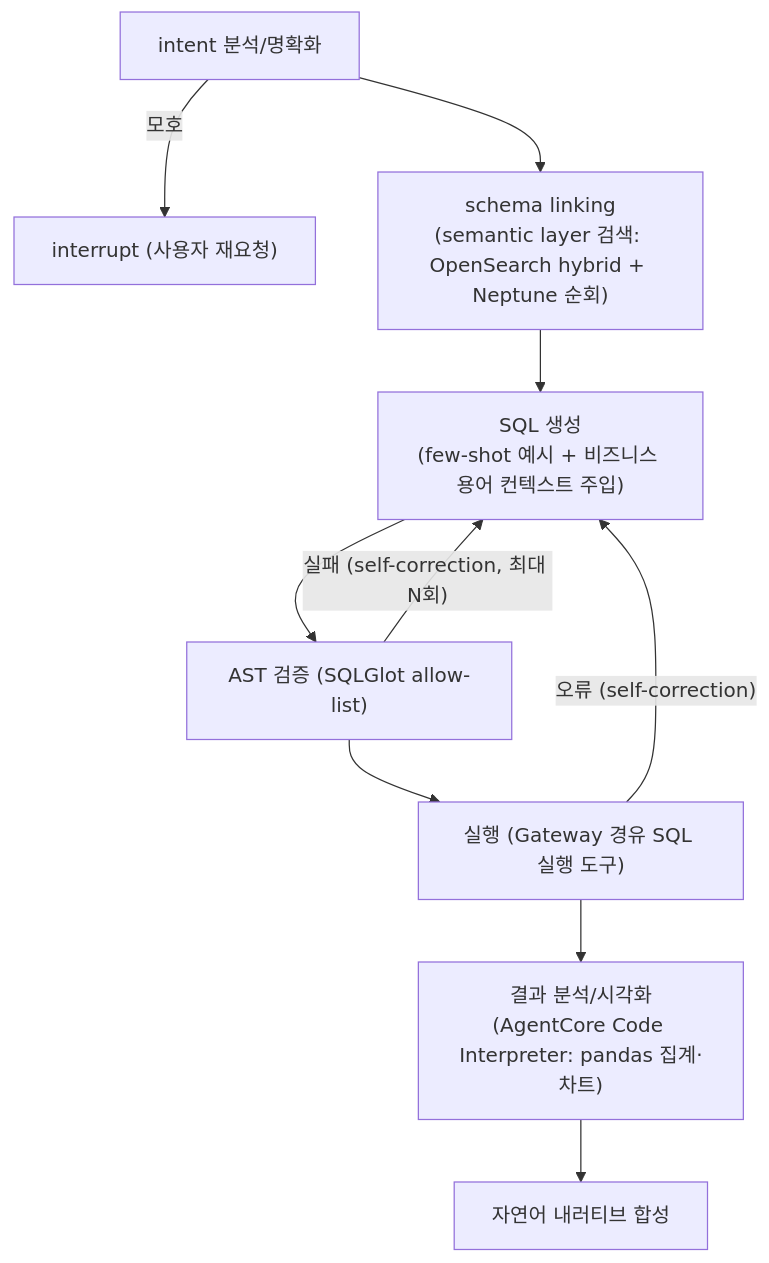
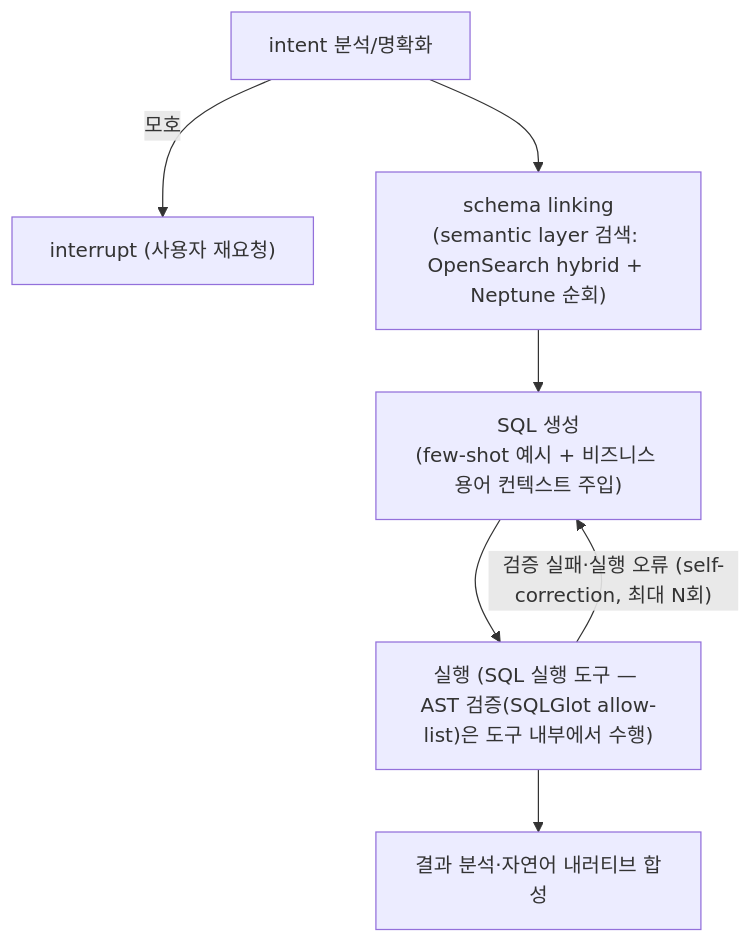
The second of 4 diagrams in projects/agentic-text-to-sql-on-aws/docs/architecture.md (aws-samples/sample-agentic-ai-acceleration-kr), drawn with Mermaid before and after one commit. The commit also changed other lines of this file and 4 other files, not shown here.

````diff
--- a/projects/agentic-text-to-sql-on-aws/docs/architecture.md
+++ b/projects/agentic-text-to-sql-on-aws/docs/architecture.md
@@ -96,16 +96,13 @@
 ```mermaid
 flowchart TB
     intent["intent 분석/명확화"]
     interrupt["interrupt (사용자 재요청)"]
     linking["schema linking<br/>(semantic layer 검색: OpenSearch hybrid + Neptune 순회)"]
     gen["SQL 생성<br/>(few-shot 예시 + 비즈니스 용어 컨텍스트 주입)"]
-    ast["AST 검증 (SQLGlot allow-list)"]
-    exec["실행 (Gateway 경유 SQL 실행 도구)"]
-    viz["결과 분석/시각화<br/>(AgentCore Code Interpreter: pandas 집계·차트)"]
-    synth["자연어 내러티브 합성"]
+    exec["실행 (SQL 실행 도구 — AST 검증(SQLGlot allow-list)은 도구 내부에서 수행)"]
+    synth["결과 분석·자연어 내러티브 합성"]
 
     intent -- 모호 --> interrupt
-    intent --> linking --> gen --> ast --> exec --> viz --> synth
-    ast -- "실패 (self-correction, 최대 N회)" --> gen
-    exec -- "오류 (self-correction)" --> gen
+    intent --> linking --> gen --> exec --> synth
+    exec -- "검증 실패·실행 오류 (self-correction, 최대 N회)" --> gen
 ```
````
